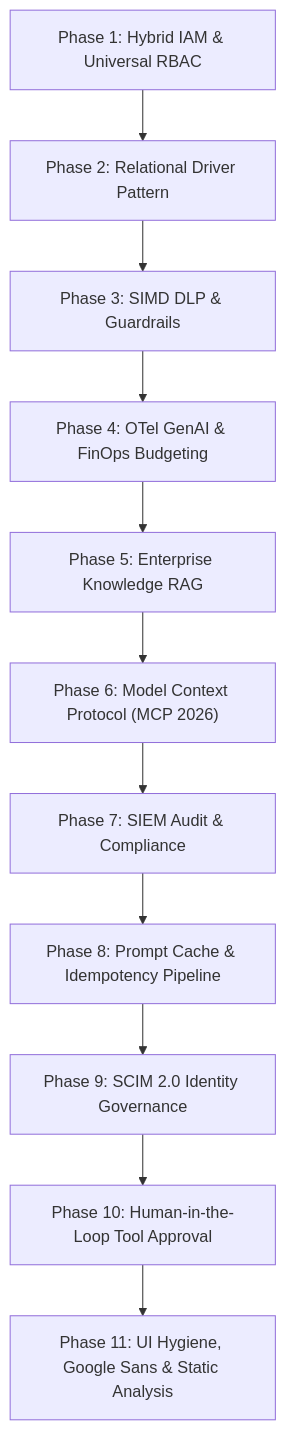
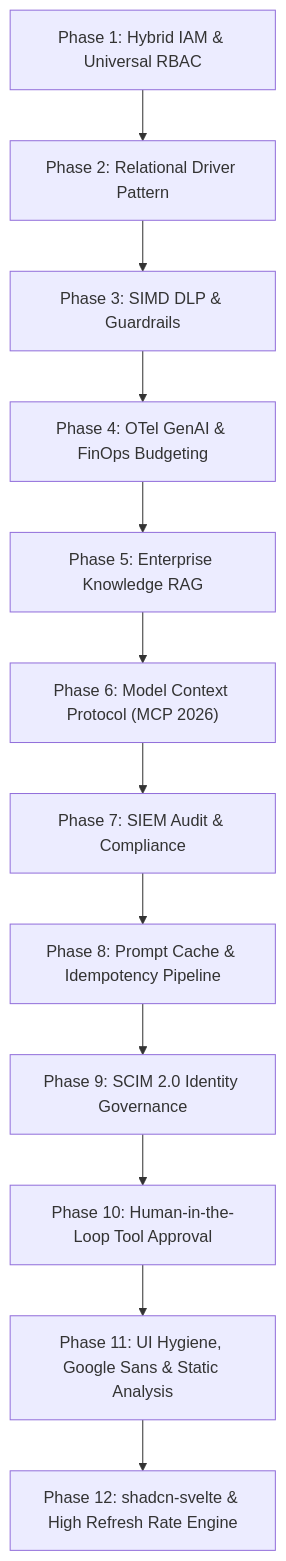
One commit to ihkaru/lumis changed the diagram in docs/roadmap/00_ROADMAP_OVERVIEW.md. Above: the diagram before and after it, drawn with Mermaid. The commit also changed other lines of this file and 27 other files, not shown here.

Commit message:
feat(ui,shadcn): implement shadcn-svelte architecture, lucide icons, and 120Hz native refresh rate GPU compositor engine

````diff
--- a/docs/roadmap/00_ROADMAP_OVERVIEW.md
+++ b/docs/roadmap/00_ROADMAP_OVERVIEW.md
@@ -29,13 +29,14 @@
 ```mermaid
 flowchart TD
     P1["Phase 1: Hybrid IAM & Universal RBAC"] --> P2["Phase 2: Relational Driver Pattern"]
     P2 --> P3["Phase 3: SIMD DLP & Guardrails"]
     P3 --> P4["Phase 4: OTel GenAI & FinOps Budgeting"]
     P4 --> P5["Phase 5: Enterprise Knowledge RAG"]
     P5 --> P6["Phase 6: Model Context Protocol (MCP 2026)"]
     P6 --> P7["Phase 7: SIEM Audit & Compliance"]
     P7 --> P8["Phase 8: Prompt Cache & Idempotency Pipeline"]
     P8 --> P9["Phase 9: SCIM 2.0 Identity Governance"]
     P9 --> P10["Phase 10: Human-in-the-Loop Tool Approval"]
     P10 --> P11["Phase 11: UI Hygiene, Google Sans & Static Analysis"]
+    P11 --> P12["Phase 12: shadcn-svelte & High Refresh Rate Engine"]
 ```
````
